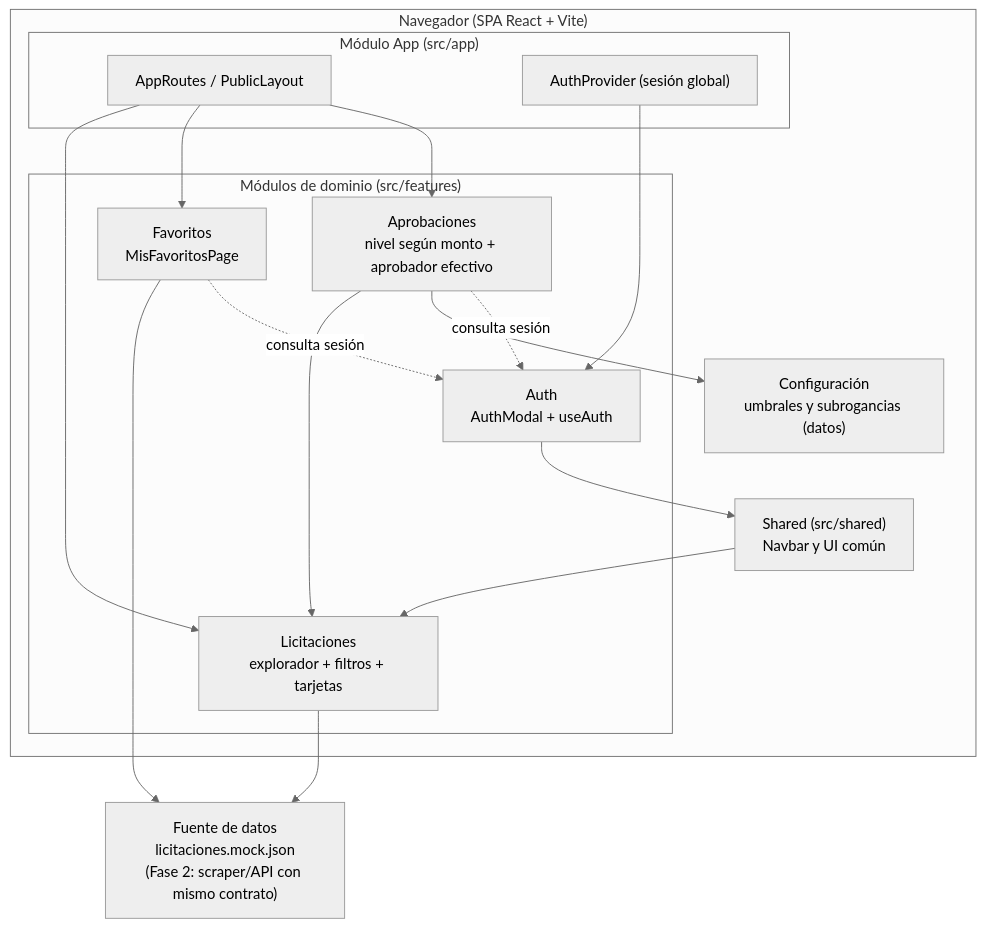
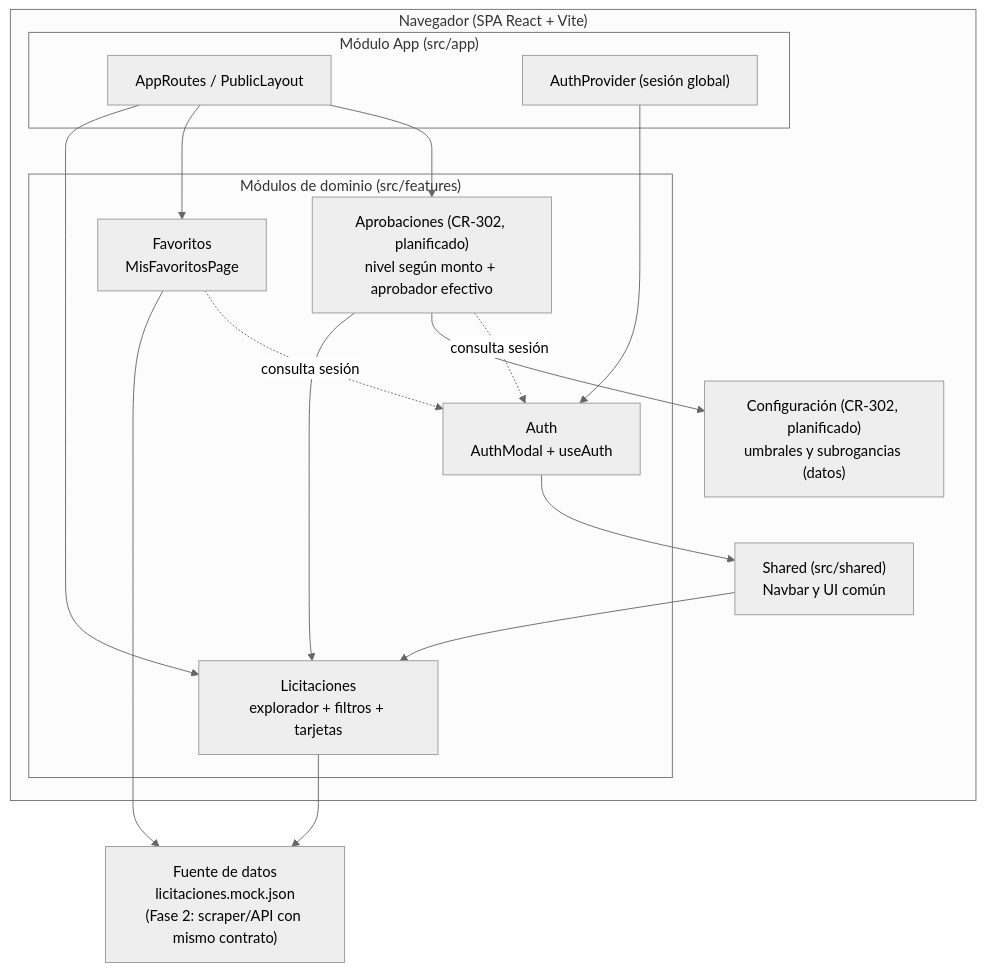
The diagram in docs/Arquitectura.md (Wilson-Jara/LicitacionesUV), drawn with Mermaid (neutral theme) before and after one commit. The commit also changed other lines of this file and 5 other files, not shown here.

````diff
--- a/docs/Arquitectura.md
+++ b/docs/Arquitectura.md
@@ -24,31 +26,31 @@
 ```mermaid
 flowchart TB
     subgraph Cliente["Navegador (SPA React + Vite)"]
         subgraph App["Módulo App (src/app)"]
             Rutas["AppRoutes / PublicLayout"]
             Providers["AuthProvider (sesión global)"]
         end
         subgraph Feats["Módulos de dominio (src/features)"]
             L["Licitaciones<br/>explorador + filtros + tarjetas"]
             A["Auth<br/>AuthModal + useAuth"]
             F["Favoritos<br/>MisFavoritosPage"]
-            AP["Aprobaciones<br/>nivel según monto + aprobador efectivo"]
+            AP["Aprobaciones (CR-302, planificado)<br/>nivel según monto + aprobador efectivo"]
         end
         Shared["Shared (src/shared)<br/>Navbar y UI común"]
-        Conf["Configuración<br/>umbrales y subrogancias (datos)"]
+        Conf["Configuración (CR-302, planificado)<br/>umbrales y subrogancias (datos)"]
     end
     Datos["Fuente de datos<br/>licitaciones.mock.json<br/>(Fase 2: scraper/API con mismo contrato)"]
 
     Rutas --> L
     Rutas --> F
     Rutas --> AP
     Providers --> A
     A --> Shared
     Shared --> L
     L --> Datos
     F --> Datos
     AP --> L
     AP --> Conf
     AP -.consulta sesión.-> A
     F -.consulta sesión.-> A
 ```
````
